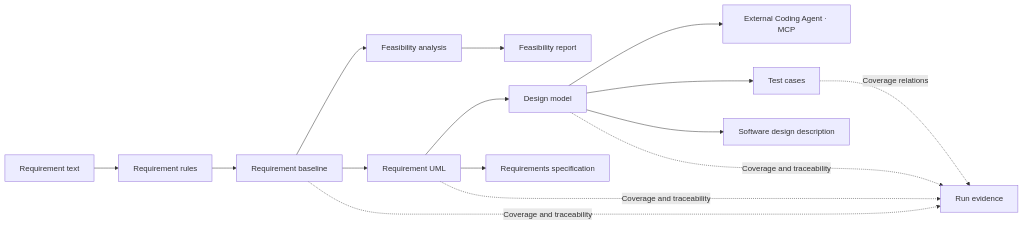
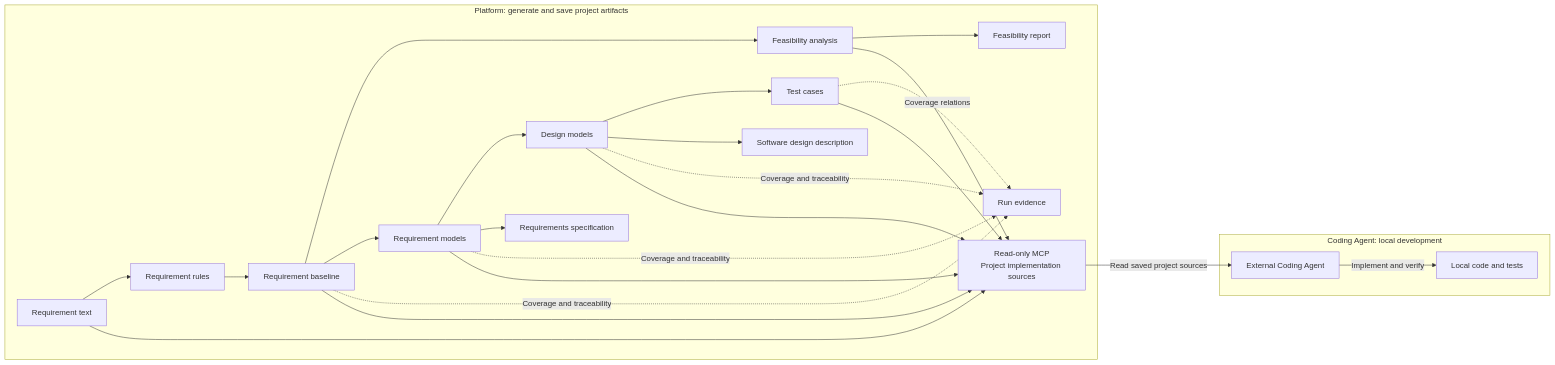
Before and after one commit to guolola/ai-software-engineering-platform: the first of 2 diagrams in README.md, drawn with Mermaid. The commit also changed other lines of this file and 80 other files, not shown here.

````diff
--- a/README.md
+++ b/README.md
@@ -128,17 +128,30 @@
 ```mermaid
 flowchart LR
-  A["Requirement text"] --> B["Requirement rules"]
-  B --> C["Requirement baseline"]
-  C --> D["Feasibility analysis"]
-  C --> E["Requirement UML"]
-  E --> F["Design model"]
-  F --> G["External Coding Agent · MCP"]
-  F --> H["Test cases"]
-  D --> I["Feasibility report"]
-  E --> J["Requirements specification"]
-  F --> K["Software design description"]
-  C -.Coverage and traceability.-> L["Run evidence"]
-  E -.Coverage and traceability.-> L
-  F -.Coverage and traceability.-> L
-  H -.Coverage relations.-> L
+  subgraph platform["Platform: generate and save project artifacts"]
+    A["Requirement text"] --> B["Requirement rules"]
+    B --> C["Requirement baseline"]
+    C --> D["Feasibility analysis"]
+    C --> E["Requirement models"]
+    E --> F["Design models"]
+    F --> H["Test cases"]
+    D --> I["Feasibility report"]
+    E --> J["Requirements specification"]
+    F --> K["Software design description"]
+    C -.Coverage and traceability.-> L["Run evidence"]
+    E -.Coverage and traceability.-> L
+    F -.Coverage and traceability.-> L
+    H -.Coverage relations.-> L
+    A --> M["Read-only MCP<br/>Project implementation sources"]
+    C --> M
+    D --> M
+    E --> M
+    F --> M
+    H --> M
+  end
+
+  subgraph agent["Coding Agent: local development"]
+    G["External Coding Agent"] -->|"Implement and verify"| N["Local code and tests"]
+  end
+
+  M -->|"Read saved project sources"| G
 ```
````
